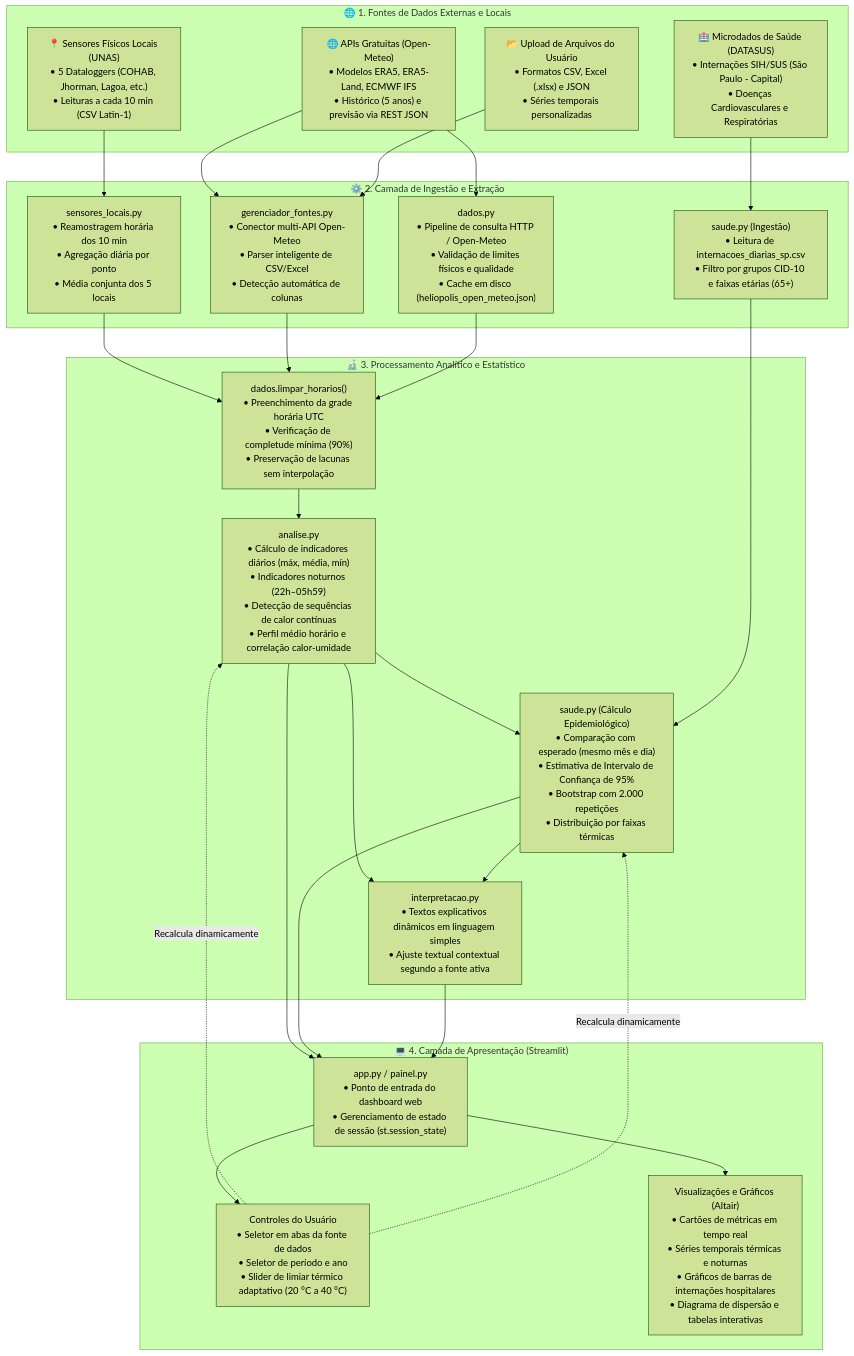
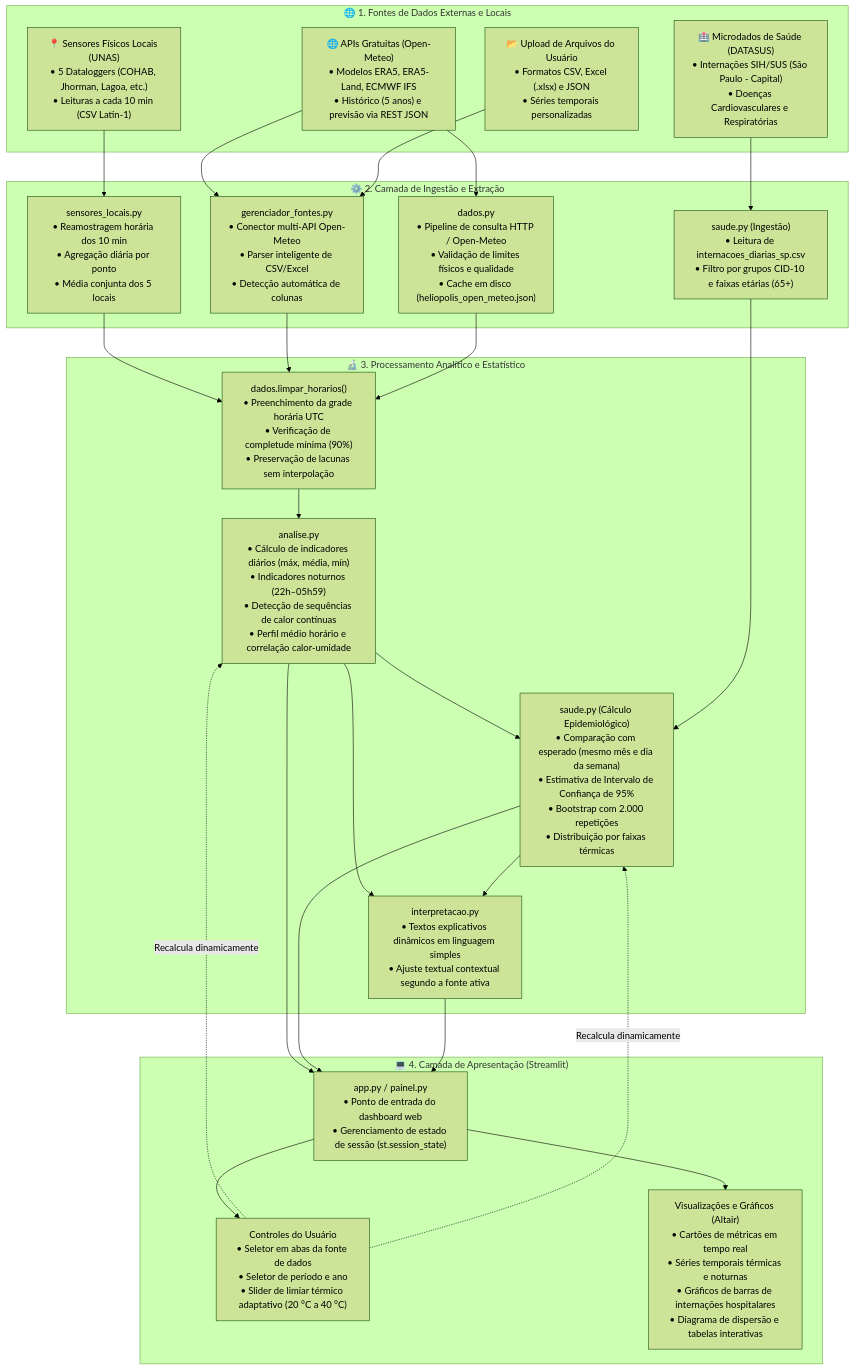
The diagram in README.md (Arthur199S/PAE-Heliopolis), drawn with Mermaid (forest theme) before and after one commit. The commit also changed other lines of this file and 1 other file, not shown here.

````diff
--- a/README.md
+++ b/README.md
@@ -7,60 +7,60 @@
 ```mermaid
 flowchart TD
     %% Fontes de Dados
     subgraph FONTES["🌐 1. Fontes de Dados Externas e Locais"]
         S_UNAS["📍 Sensores Físicos Locais (UNAS)<br/>• 5 Dataloggers (COHAB, Jhorman, Lagoa, etc.)<br/>• Leituras a cada 10 min (CSV Latin-1)"]
         API_METEO["🌐 APIs Gratuitas (Open-Meteo)<br/>• Modelos ERA5, ERA5-Land, ECMWF IFS<br/>• Histórico (5 anos) e previsão via REST JSON"]
         UPLOAD_USR["📂 Upload de Arquivos do Usuário<br/>• Formatos CSV, Excel (.xlsx) e JSON<br/>• Séries temporais personalizadas"]
         SUS_DATA["🏥 Microdados de Saúde (DATASUS)<br/>• Internações SIH/SUS (São Paulo - Capital)<br/>• Doenças Cardiovasculares e Respiratórias"]
     end
 
     %% Camada de Ingestão e Gerenciamento
     subgraph INGESTAO["⚙️ 2. Camada de Ingestão e Extração"]
         MOD_SENSORES["sensores_locais.py<br/>• Reamostragem horária dos 10 min<br/>• Agregação diária por ponto<br/>• Média conjunta dos 5 locais"]
         MOD_GERENCIADOR["gerenciador_fontes.py<br/>• Conector multi-API Open-Meteo<br/>• Parser inteligente de CSV/Excel<br/>• Detecção automática de colunas"]
         MOD_DADOS["dados.py<br/>• Pipeline de consulta HTTP / Open-Meteo<br/>• Validação de limites físicos e qualidade<br/>• Cache em disco (heliopolis_open_meteo.json)"]
         MOD_SAUDE_ETL["saude.py (Ingestão)<br/>• Leitura de internacoes_diarias_sp.csv<br/>• Filtro por grupos CID-10 e faixas etárias (65+)"]
     end
 
     %% Pipeline de Transformação e Análise
     subgraph ANALISE["🔬 3. Processamento Analítico e Estatístico"]
         ETL_CLEAN["dados.limpar_horarios()<br/>• Preenchimento da grade horária UTC<br/>• Verificação de completude mínima (90%)<br/>• Preservação de lacunas sem interpolação"]
         ESTAT_METEO["analise.py<br/>• Cálculo de indicadores diários (máx, média, mín)<br/>• Indicadores noturnos (22h–05h59)<br/>• Detecção de sequências de calor contínuas<br/>• Perfil médio horário e correlação calor-umidade"]
-        ESTAT_SAUDE["saude.py (Cálculo Epidemiológico)<br/>• Comparação com esperado (mesmo mês e dia)<br/>• Estimativa de Intervalo de Confiança de 95%<br/>• Bootstrap com 2.000 repetições<br/>• Distribuição por faixas térmicas"]
+        ESTAT_SAUDE["saude.py (Cálculo Epidemiológico)<br/>• Comparação com esperado (mesmo mês e dia da semana)<br/>• Estimativa de Intervalo de Confiança de 95%<br/>• Bootstrap com 2.000 repetições<br/>• Distribuição por faixas térmicas"]
         INTERP["interpretacao.py<br/>• Textos explicativos dinâmicos em linguagem simples<br/>• Ajuste textual contextual segundo a fonte ativa"]
     end
 
     %% Interface e Apresentação
     subgraph UI["💻 4. Camada de Apresentação (Streamlit)"]
         APP["app.py / painel.py<br/>• Ponto de entrada do dashboard web<br/>• Gerenciamento de estado de sessão (st.session_state)"]
         CONTROLES["Controles do Usuário<br/>• Seletor em abas da fonte de dados<br/>• Seletor de período e ano<br/>• Slider de limiar térmico adaptativo (20 °C a 40 °C)"]
         VISUAL["Visualizações e Gráficos (Altair)<br/>• Cartões de métricas em tempo real<br/>• Séries temporais térmicas e noturnas<br/>• Gráficos de barras de internações hospitalares<br/>• Diagrama de dispersão e tabelas interativas"]
     end
 
     %% Conexões entre módulos
     S_UNAS --> MOD_SENSORES
     API_METEO --> MOD_GERENCIADOR
     API_METEO --> MOD_DADOS
     UPLOAD_USR --> MOD_GERENCIADOR
     SUS_DATA --> MOD_SAUDE_ETL
 
     MOD_SENSORES --> ETL_CLEAN
     MOD_GERENCIADOR --> ETL_CLEAN
     MOD_DADOS --> ETL_CLEAN
 
     ETL_CLEAN --> ESTAT_METEO
     ESTAT_METEO --> ESTAT_SAUDE
     MOD_SAUDE_ETL --> ESTAT_SAUDE
 
     ESTAT_METEO --> INTERP
     ESTAT_SAUDE --> INTERP
 
     ESTAT_METEO --> APP
     ESTAT_SAUDE --> APP
     INTERP --> APP
 
     APP --> CONTROLES
     CONTROLES -.->|Recalcula dinamicamente| ESTAT_METEO
     CONTROLES -.->|Recalcula dinamicamente| ESTAT_SAUDE
     APP --> VISUAL
 ```
````
